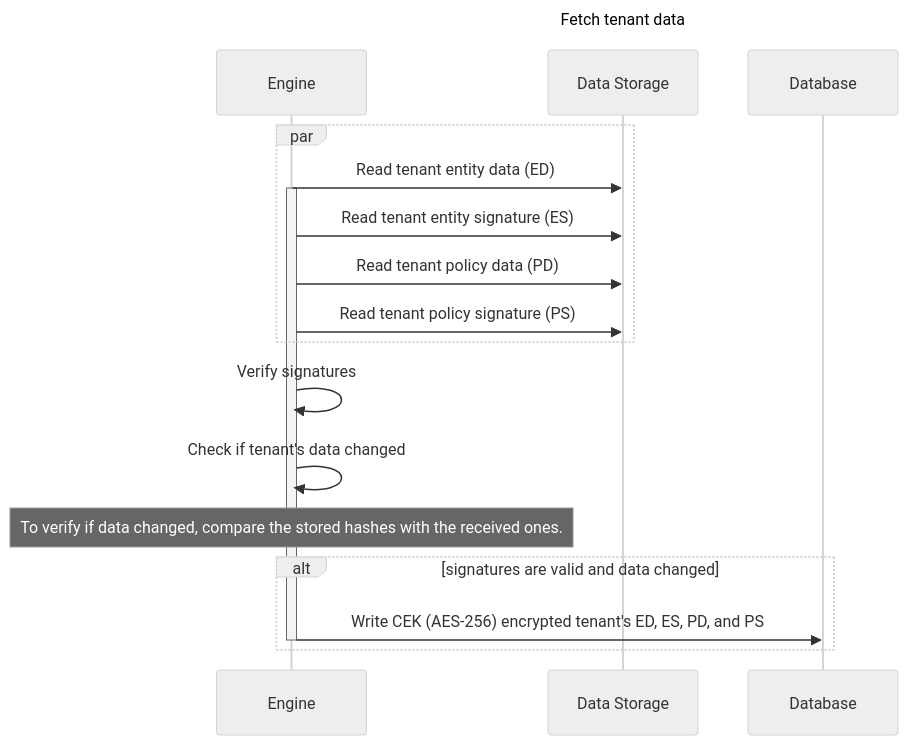
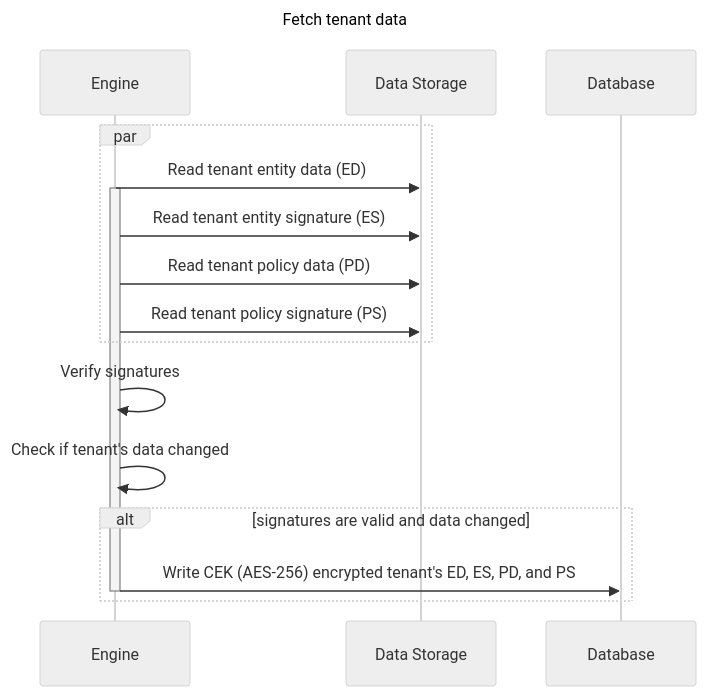
One commit to narval-xyz/armory changed the second of 4 diagrams in doc/policy-engine-setup.md. Above: the diagram before and after it, drawn with Mermaid (neutral theme). The commit also changed other lines of this file, not shown here.

Commit message:
Move verify data changed to the section note

````diff
--- a/doc/policy-engine-setup.md
+++ b/doc/policy-engine-setup.md
@@ -55,23 +55,22 @@
 ```mermaid
 sequenceDiagram
   title Fetch tenant data
 
   participant Engine
   participant DS as Data Storage
   participant DB as Database
 
   par
     Engine ->> DS: Read tenant entity data (ED)
     activate Engine
     Engine ->> DS: Read tenant entity signature (ES)
     Engine ->> DS: Read tenant policy data (PD)
     Engine ->> DS: Read tenant policy signature (PS)
   end
   Engine ->> Engine: Verify signatures
   Engine ->> Engine: Check if tenant's data changed
-  Note over Engine: To verify if data changed, compare the stored hashes with the received ones.
   alt signatures are valid and data changed
     Engine ->> DB: Write CEK (AES-256) encrypted tenant's ED, ES, PD, and PS
     deactivate Engine
   end
 ```
````
